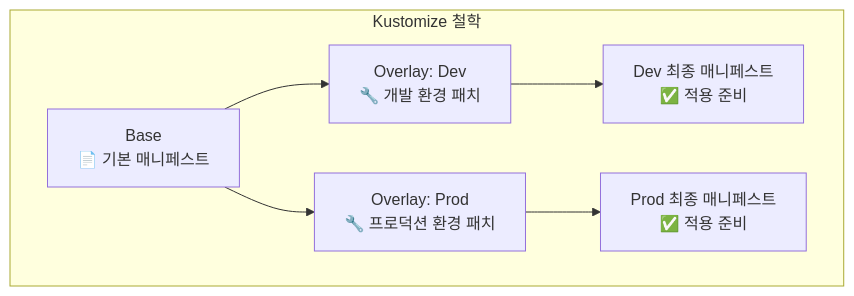
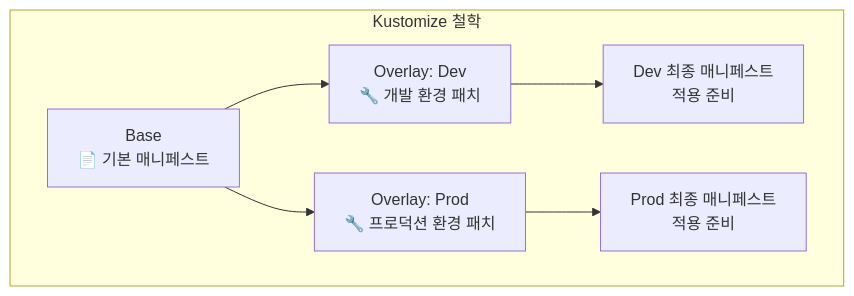
One commit to juwon8891/juwon8891.github.io changed diagram 40 of 41 in docs/cicd/week1-image-build.md. Above: the diagram before and after it, drawn with Mermaid. The commit also changed other lines of this file and 25 other files, not shown here.

````diff
--- a/docs/cicd/week1-image-build.md
+++ b/docs/cicd/week1-image-build.md
@@ -2918,15 +2913,16 @@
 ```mermaid
 graph TB
     subgraph "Kustomize 철학"
         BASE[Base<br/>📄 기본 매니페스트]
         OVERLAY_DEV[Overlay: Dev<br/>🔧 개발 환경 패치]
         OVERLAY_PROD[Overlay: Prod<br/>🔧 프로덕션 환경 패치]
 
         BASE --> OVERLAY_DEV
         BASE --> OVERLAY_PROD
 
-        OVERLAY_DEV --> DEV_FINAL[Dev 최종 매니페스트<br/>✅ 적용 준비]
-        OVERLAY_PROD --> PROD_FINAL[Prod 최종 매니페스트<br/>✅ 적용 준비]
+        OVERLAY_DEV --> DEV_FINAL[Dev 최종 매니페스트<br/>적용 준비]
+        OVERLAY_PROD --> PROD_FINAL[Prod 최종 매니페스트<br/>적용 준비]
 
     end
+
 ```
````
